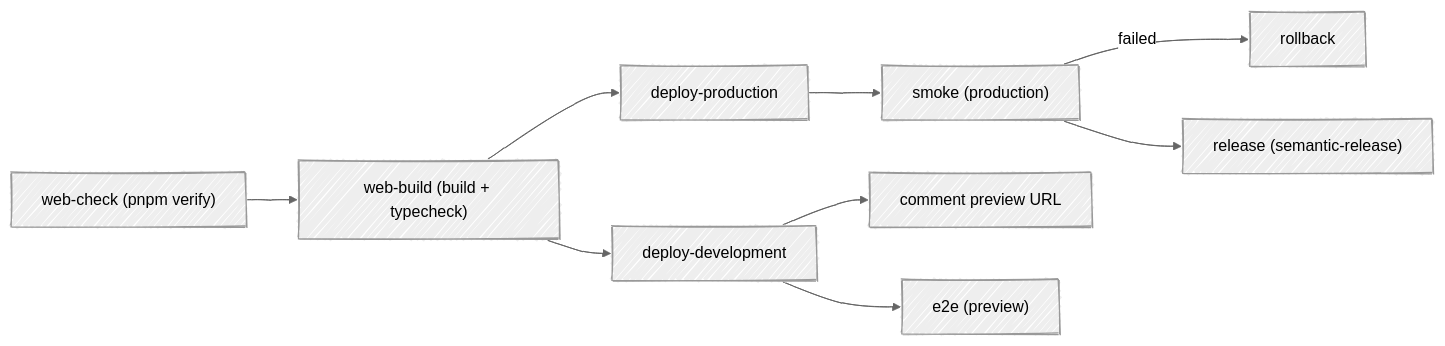
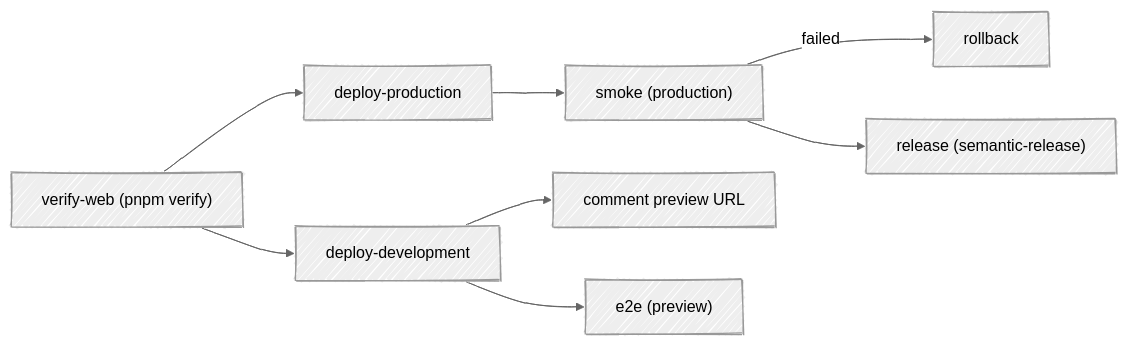
The first of 3 diagrams in docs/wiki/CI-CD.md (fbuireu/contribKit), drawn with Mermaid before and after one commit. The commit also changed other lines of this file and 25 other files, not shown here.

````diff
--- a/docs/wiki/CI-CD.md
+++ b/docs/wiki/CI-CD.md
@@ -31,16 +30,15 @@
 ```mermaid
 ---
 config:
   look: handDrawn
   theme: neutral
 ---
 flowchart LR
-  check["web-check (pnpm verify)"] --> build["web-build (build + typecheck)"]
-  build --> prod["deploy-production"]
-  build --> dev["deploy-development"]
+  check["verify-web (pnpm verify)"] --> prod["deploy-production"]
+  check --> dev["deploy-development"]
   prod --> smoke["smoke (production)"]
   smoke -->|failed| back["rollback"]
   smoke --> rel["release (semantic-release)"]
   dev --> comment["comment preview URL"]
   dev --> e2e["e2e (preview)"]
 ```
````
